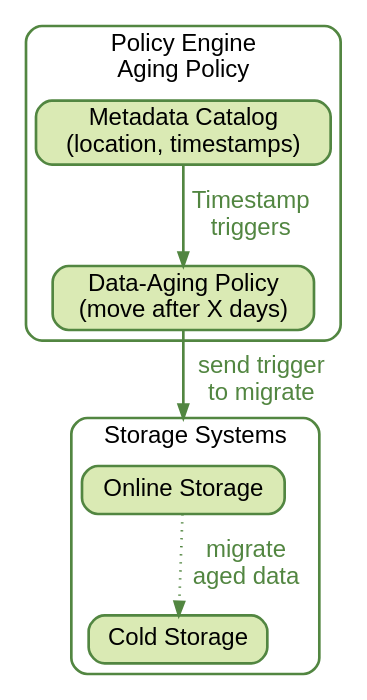
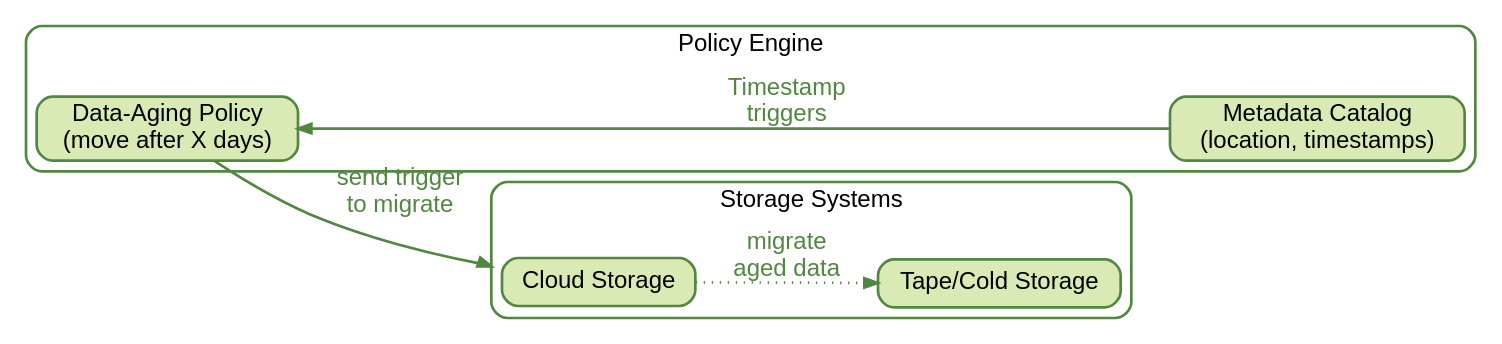
One commit to chStaiger/rdm-tech-foundations changed the third of 6 diagrams in book/policy-engines.qmd. Above: the diagram before and after it, drawn with Graphviz. The commit also changed other lines of this file, not shown here.

````diff
--- a/book/policy-engines.qmd
+++ b/book/policy-engines.qmd
@@ -325,71 +292,73 @@
 ```{dot}
 //| label: fig-3
 //| fig-cap: The policy engine monitors file metadata. When a data‑aging policy triggers, the policy engine moves aged data from online storage to cold storage while preserving its logical path.
 //| fig-align: center
 //| fig-width: 9
 
 digraph data_aging_flow {
 
     graph [
-        rankdir=TB,
+        rankdir=LR,
         bgcolor="white",
         fontname="Helvetica",
         fontsize=18,
         compound=True
     ];
 
     node [
         shape=box,
         style="rounded,filled",
         fontname="Helvetica",
         fontsize=18,
         color="#528641",
         fillcolor="#DAEAB4",
         penwidth=2
     ];
 
     edge [
         fontname="Helvetica",
         fontsize=18,
         color="#528641",
         fontcolor="#528641",
         penwidth=2
     ];
 
     subgraph cluster_storage {
         label="Storage Systems";
         color="#528641";
         penwidth=2;
         style="rounded";
 
         Spacer [
         shape=point,
         width=0,
         height=0,
         label="",
         style=invis
         ];
 
-        Hot  [label="Online Storage"];
-        Cold [label="Cold Storage"];
+        Hot  [label="Cloud Storage"];
+        Cold [label="Tape/Cold Storage"];
     }
 
     subgraph cluster_policy_engine {
-        label="Policy Engine \n Aging Policy";
+        label="Policy Engine";
         color="#528641";
         penwidth=2;
         style="rounded";
 
         AgePolicy [label="Data-Aging Policy\n(move after X days)"];
         Catalog   [label="Metadata Catalog\n(location, timestamps)"];
 
-    
-        Catalog   -> AgePolicy [label="Timestamp\ntriggers"];
-        AgePolicy -> Hot [label="send trigger \n to migrate", lhead="cluster_storage"];
+        // Invisible vertical chain
+        AgePolicy   -> Catalog [style=invis, weight=50];
+
     }
     
+    
+    Catalog   -> AgePolicy [label="Timestamp\ntriggers", minlen=3];
+    AgePolicy -> Hot [label="send trigger \n to migrate", lhead="cluster_storage"];
     Hot -> Cold [style=dotted, label="migrate \n aged data"];
-
 
 }
 ```
````
